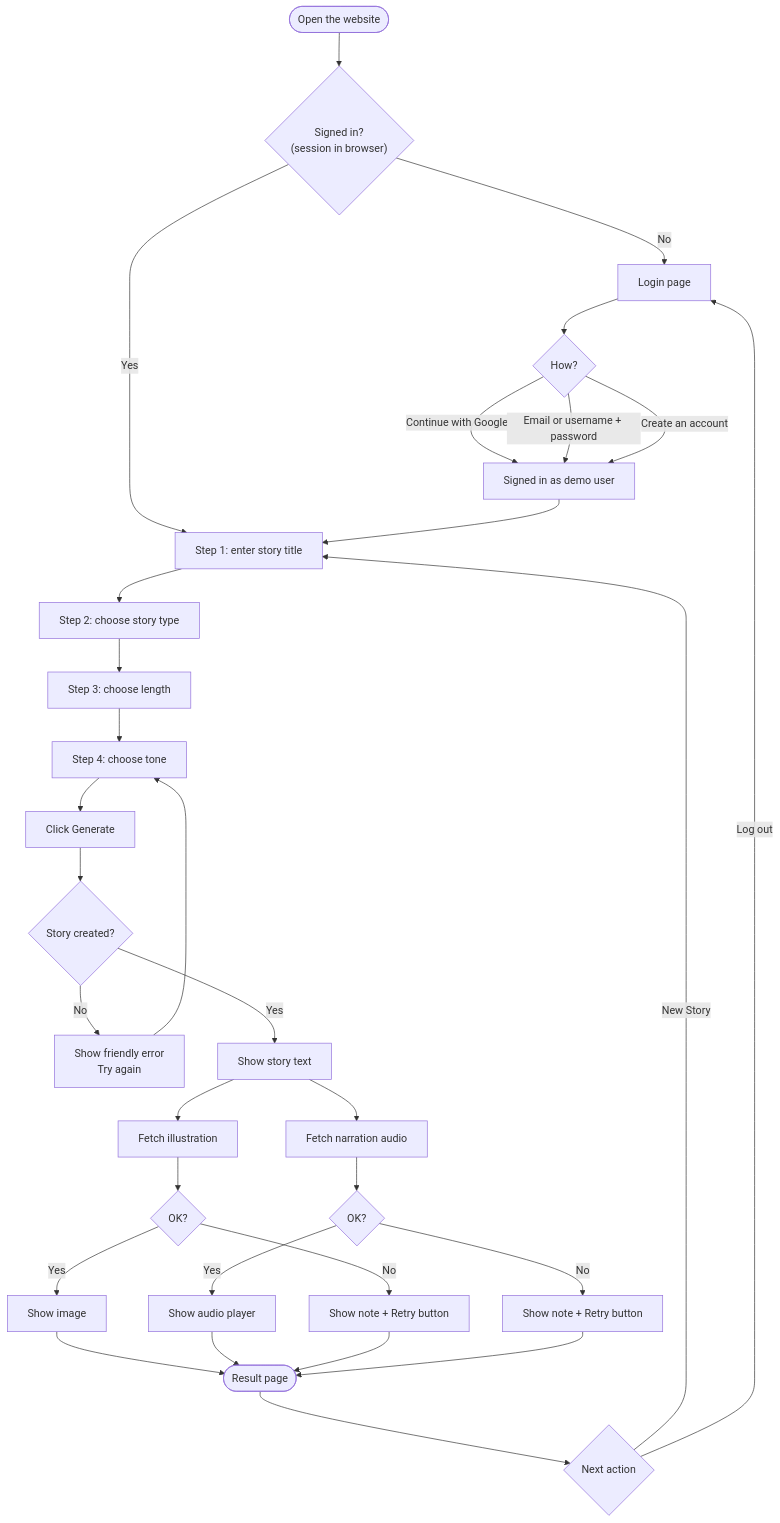
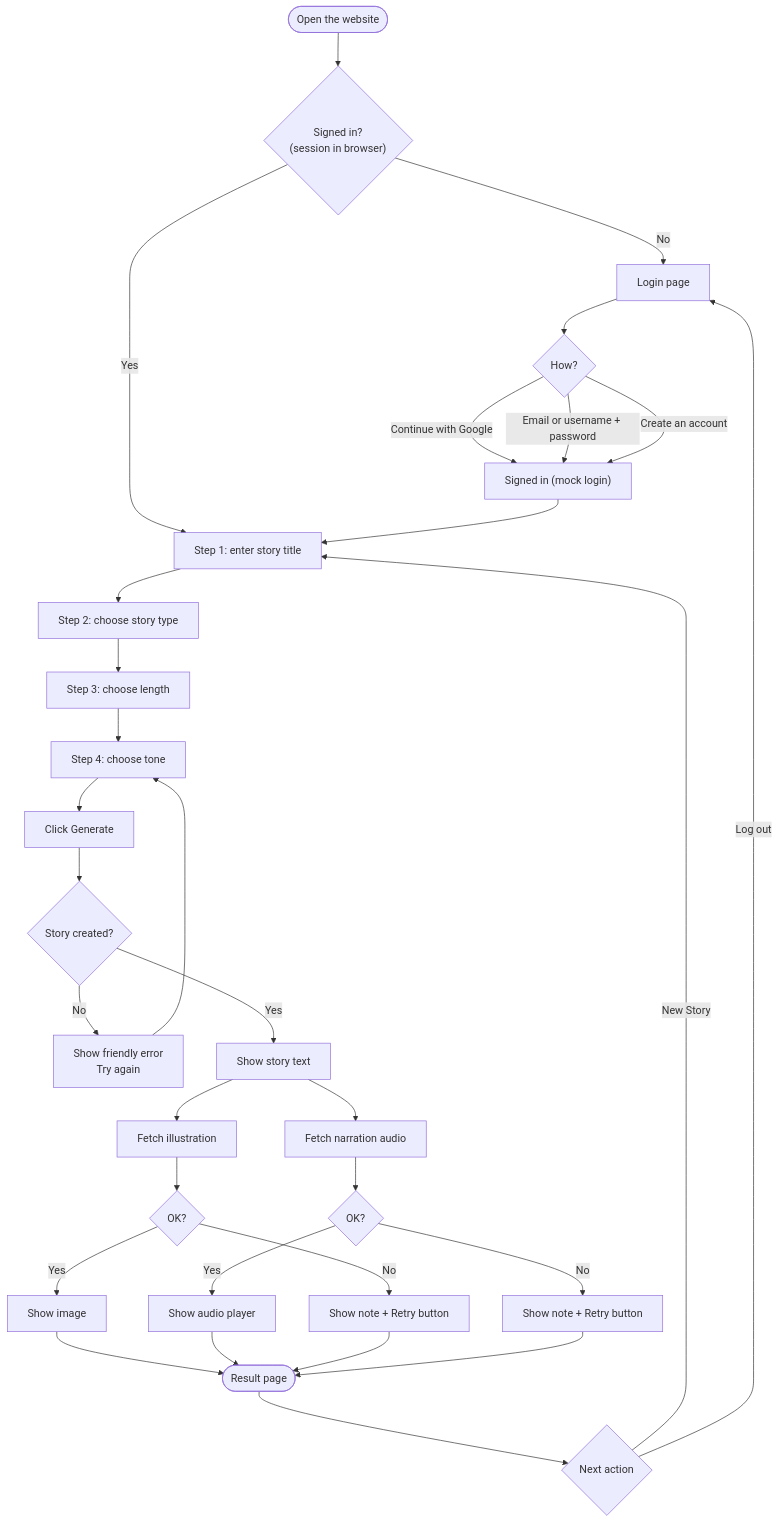
One commit to boobesh2912/Kadhai changed the diagram in docs/diagrams/02-user-flow.mmd. Above: the diagram before and after it, drawn with Mermaid. The commit also changed 25 other files, not shown here.

```diff
--- a/docs/diagrams/02-user-flow.mmd
+++ b/docs/diagrams/02-user-flow.mmd
@@ -1,32 +1,32 @@
 flowchart TD
     start(["Open the website"]) --> signed{"Signed in?<br/>(session in browser)"}
     signed -- "No" --> login["Login page"]
     login --> how{"How?"}
-    how -- "Continue with Google" --> ok["Signed in as demo user"]
+    how -- "Continue with Google" --> ok["Signed in (mock login)"]
     how -- "Email or username + password" --> ok
     how -- "Create an account" --> ok
     signed -- "Yes" --> s1
     ok --> s1["Step 1: enter story title"]
     s1 --> s2["Step 2: choose story type"]
     s2 --> s3["Step 3: choose length"]
     s3 --> s4["Step 4: choose tone"]
     s4 --> gen["Click Generate"]
     gen --> story{"Story created?"}
     story -- "No" --> err["Show friendly error<br/>Try again"]
     err --> s4
     story -- "Yes" --> show["Show story text"]
     show --> par1["Fetch illustration"]
     show --> par2["Fetch narration audio"]
     par1 --> r1{"OK?"}
     par2 --> r2{"OK?"}
     r1 -- "Yes" --> img["Show image"]
     r1 -- "No" --> n1["Show note + Retry button"]
     r2 -- "Yes" --> aud["Show audio player"]
     r2 -- "No" --> n2["Show note + Retry button"]
     img --> done(["Result page"])
     aud --> done
     n1 --> done
     n2 --> done
     done --> again{"Next action"}
     again -- "New Story" --> s1
     again -- "Log out" --> login
```
